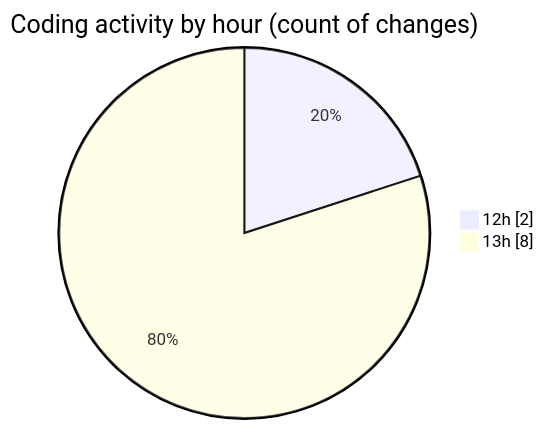
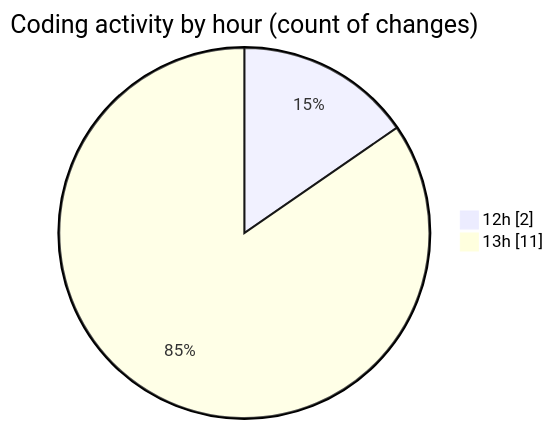
One commit to idhammustaqopulfikri/code-tracking changed the second of 2 diagrams in 2025-06-20/studio-backend/README.md. Above: the diagram before and after it, drawn with Mermaid. The commit also changed other lines of this file and 1 other file, not shown here.

````diff
--- a/2025-06-20/studio-backend/README.md
+++ b/2025-06-20/studio-backend/README.md
@@ -29,6 +31,6 @@
 ```mermaid
 pie showData
 title Coding activity by hour (count of changes)
 "12h" : 2
-"13h" : 8
+"13h" : 11
 ```
````
